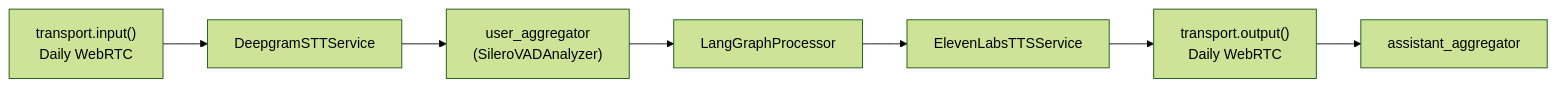
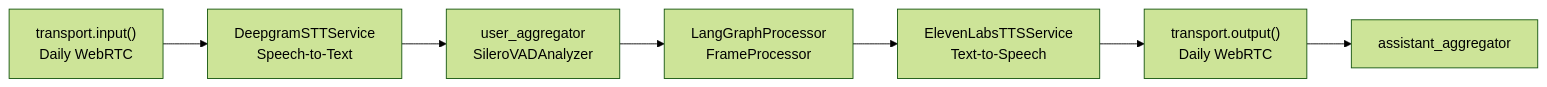
Before and after one commit to tsouk88/job-search-agent: the first of 2 diagrams in openwiki/voice-agent.md, drawn with Mermaid (forest theme). The commit also changed other lines of this file and 12 other files, not shown here.

````diff
--- a/openwiki/voice-agent.md
+++ b/openwiki/voice-agent.md
@@ -63,9 +18,9 @@
 ```mermaid
 flowchart LR
-    TransportIn["transport.input()\nDaily WebRTC"] --> STT["DeepgramSTTService"]
-    STT --> UserAgg["user_aggregator\n(SileroVADAnalyzer)"]
-    UserAgg --> Proc["LangGraphProcessor"]
-    Proc --> TTS["ElevenLabsTTSService"]
-    TTS --> TransportOut["transport.output()\nDaily WebRTC"]
+    TransportIn["transport.input()<br/>Daily WebRTC"] --> STT["DeepgramSTTService<br/>Speech-to-Text"]
+    STT --> UserAgg["user_aggregator<br/>SileroVADAnalyzer"]
+    UserAgg --> Proc["LangGraphProcessor<br/>FrameProcessor"]
+    Proc --> TTS["ElevenLabsTTSService<br/>Text-to-Speech"]
+    TTS --> TransportOut["transport.output()<br/>Daily WebRTC"]
     TransportOut --> AsstAgg["assistant_aggregator"]
 ```
````
